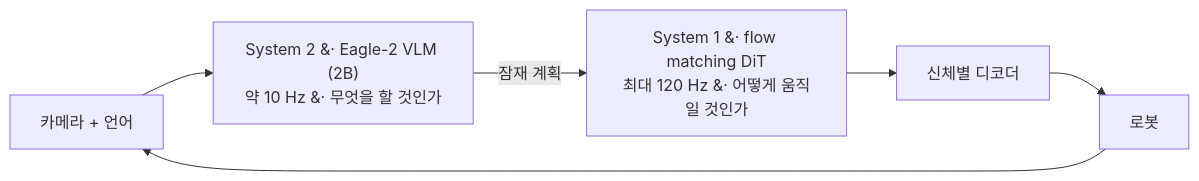
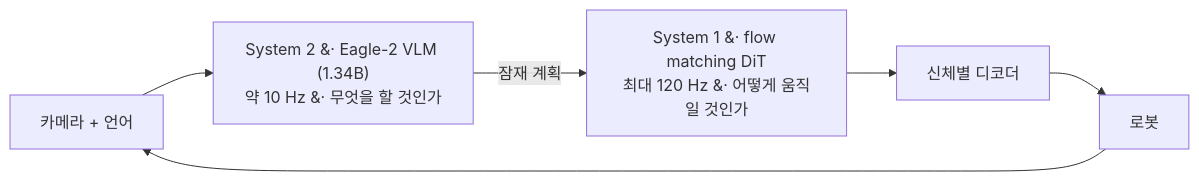
One commit to jiseop-byeon/phd-wiki changed the second of 2 diagrams in content/01-canonical-papers/notes/4-vla/gr00t-n1.md. Above: the diagram before and after it, drawn with Mermaid. The commit also changed other lines of this file and 18 other files, not shown here.

````diff
--- a/content/01-canonical-papers/notes/4-vla/gr00t-n1.md
+++ b/content/01-canonical-papers/notes/4-vla/gr00t-n1.md
@@ -124,8 +124,8 @@
 ```mermaid
 flowchart LR
-    OBS["카메라 + 언어"] --> S2["System 2 &#183; Eagle-2 VLM (2B)<br/>약 10 Hz &#183; 무엇을 할 것인가"]
+    OBS["카메라 + 언어"] --> S2["System 2 &#183; Eagle-2 VLM (1.34B)<br/>약 10 Hz &#183; 무엇을 할 것인가"]
     S2 -->|"잠재 계획"| S1["System 1 &#183; flow matching DiT<br/>최대 120 Hz &#183; 어떻게 움직일 것인가"]
     S1 --> ENC["신체별 디코더"]
     ENC --> ROB["로봇"]
     ROB --> OBS
 ```
````
